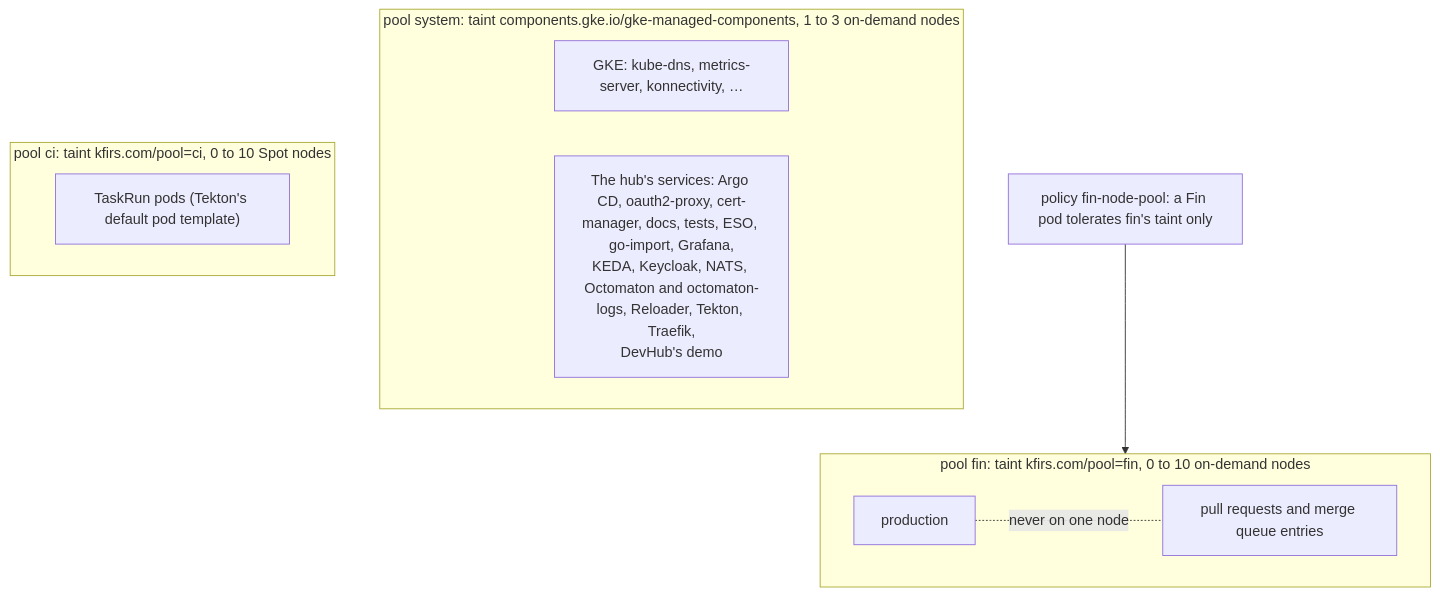
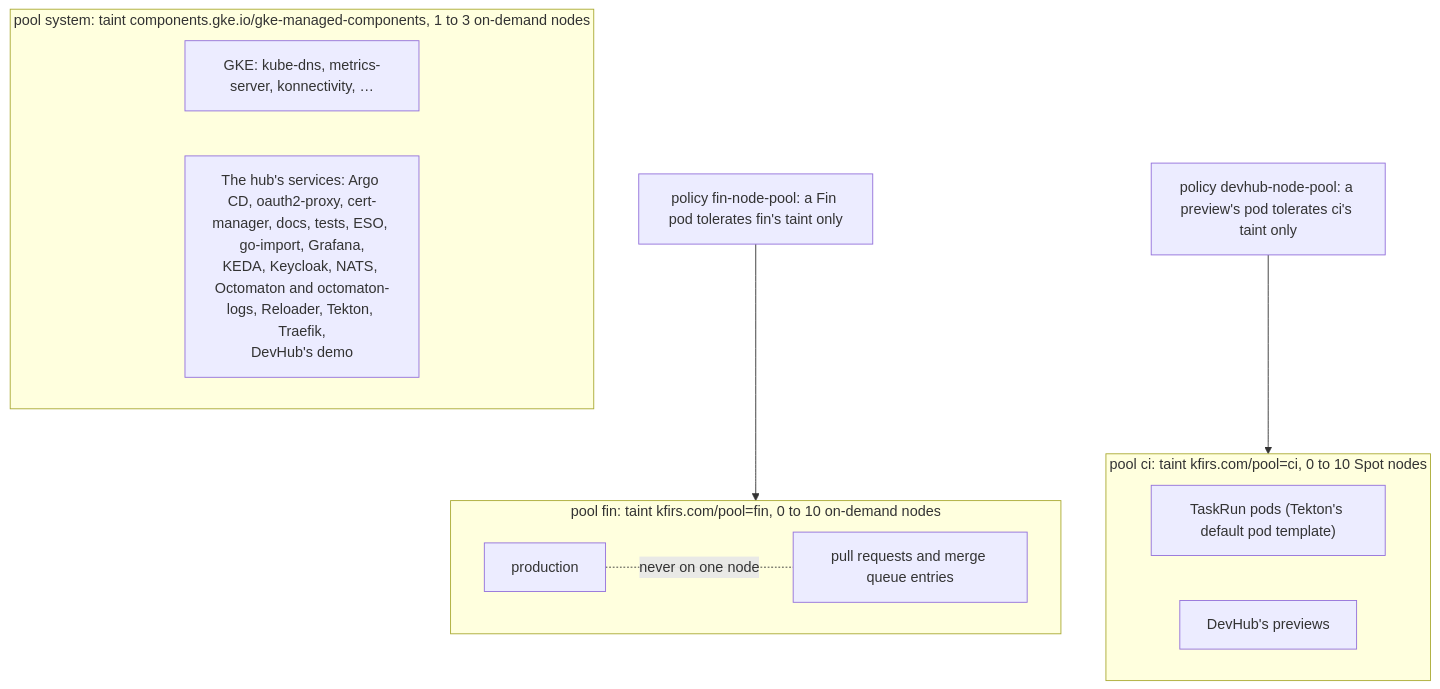
One commit to arikkfir-org/delivery changed the diagram in docs/delivery/designs/node-pools.md. Above: the diagram before and after it, drawn with Mermaid. The commit also changed other lines of this file and 28 other files, not shown here.

First line of the commit message:
feat(devhub): preview every pull request of devhub

````diff
--- a/docs/delivery/designs/node-pools.md
+++ b/docs/delivery/designs/node-pools.md
@@ -18,16 +19,18 @@
 ```mermaid
 flowchart TB
   subgraph system["pool system: taint components.gke.io/gke-managed-components, 1 to 3 on-demand nodes"]
     GKE["GKE: kube-dns, metrics-server, konnectivity, …"]
     Hub["The hub's services: Argo CD, oauth2-proxy, cert-manager, docs, tests, ESO, go-import, Grafana,<br/>KEDA, Keycloak, NATS, Octomaton and octomaton-logs, Reloader, Tekton, Traefik,<br/>DevHub's demo"]
   end
   subgraph ci["pool ci: taint kfirs.com/pool=ci, 0 to 10 Spot nodes"]
     Runs["TaskRun pods (Tekton's default pod template)"]
+    Previews["DevHub's previews"]
   end
   subgraph fin["pool fin: taint kfirs.com/pool=fin, 0 to 10 on-demand nodes"]
     Prod["production"]
     PRs["pull requests and merge queue entries"]
   end
   Prod -. "never on one node" .- PRs
   Policy["policy fin-node-pool: a Fin pod tolerates fin's taint only"] --> fin
+  PolicyDH["policy devhub-node-pool: a preview's pod tolerates ci's taint only"] --> ci
 ```
````
